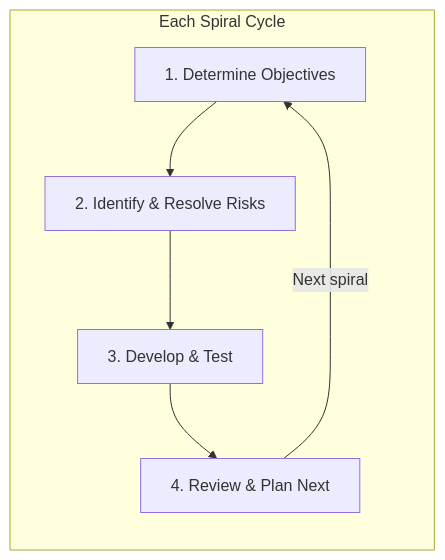
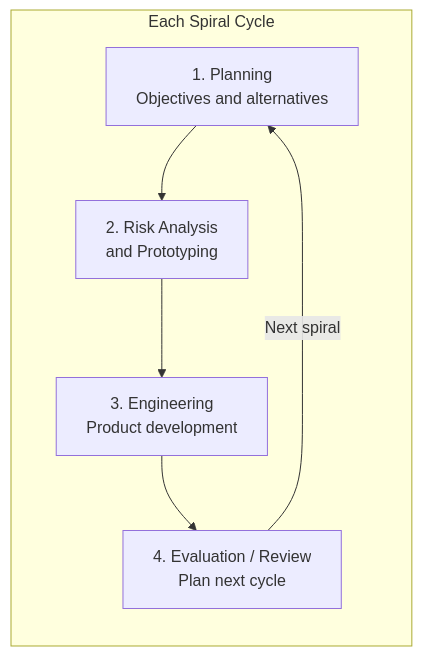
The first of 2 diagrams in docs/sdlc-model.md (bijoy-chandra-roy/try-me), drawn with Mermaid before and after one commit. The commit also changed other lines of this file and 34 other files, not shown here.

````diff
--- a/docs/sdlc-model.md
+++ b/docs/sdlc-model.md
@@ -11,12 +13,12 @@
 ```mermaid
 flowchart LR
     subgraph Spiral["Each Spiral Cycle"]
         direction TB
-        OBJ["1. Determine Objectives"]
-        RISK["2. Identify & Resolve Risks"]
-        DEV["3. Develop & Test"]
-        REV["4. Review & Plan Next"]
-        OBJ --> RISK --> DEV --> REV
-        REV -->|"Next spiral"| OBJ
+        PLAN["1. Planning<br/>Objectives and alternatives"]
+        RISK["2. Risk Analysis<br/>and Prototyping"]
+        ENG["3. Engineering<br/>Product development"]
+        REV["4. Evaluation / Review<br/>Plan next cycle"]
+        PLAN --> RISK --> ENG --> REV
+        REV -->|"Next spiral"| PLAN
     end
 ```
````
